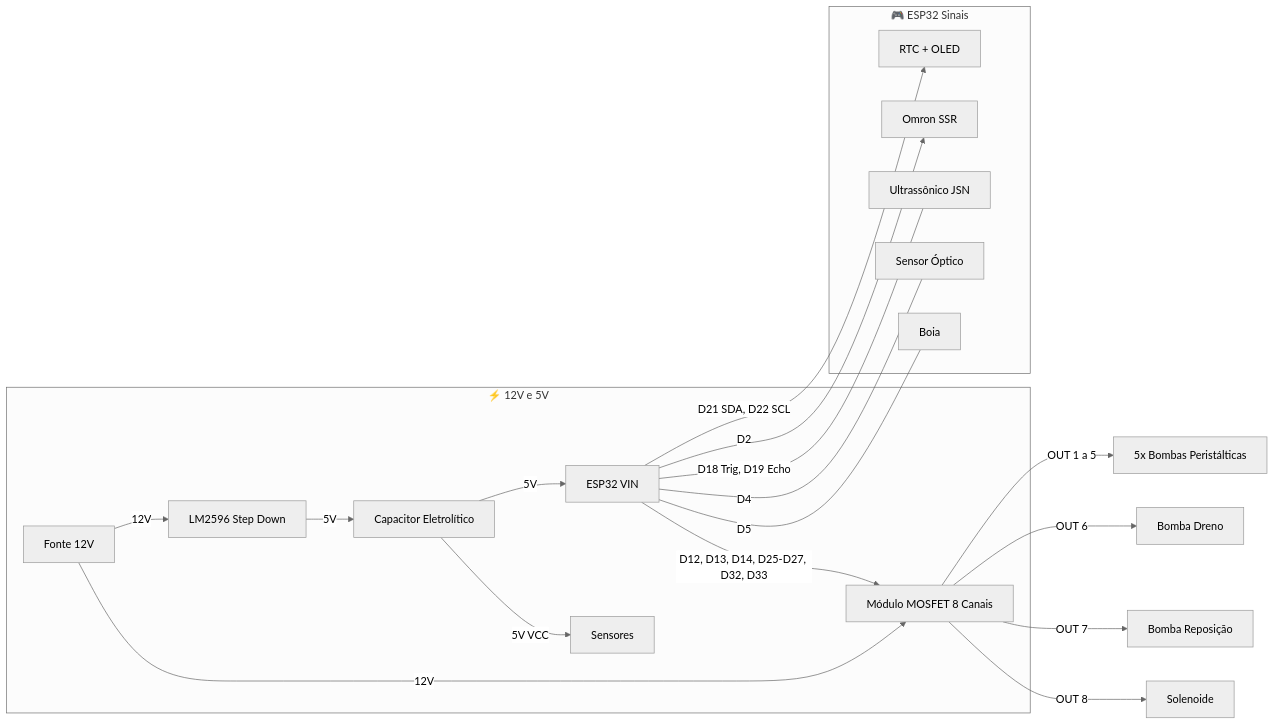
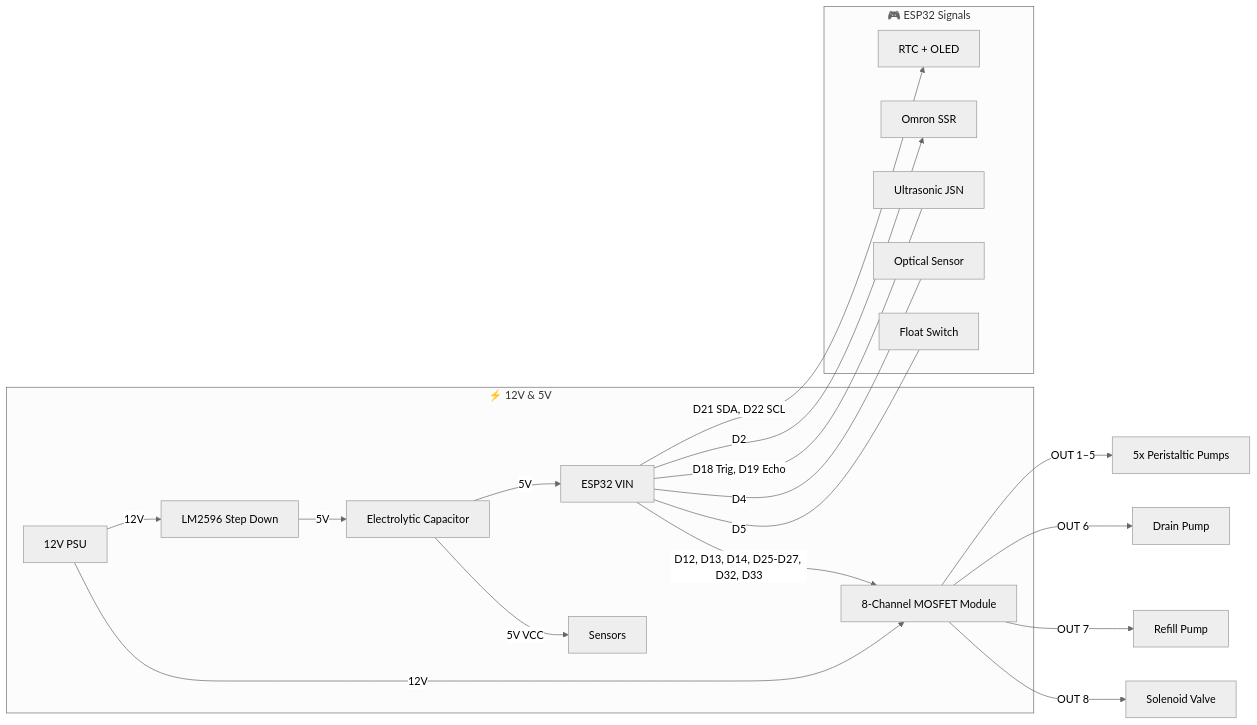
Before and after one commit to PhilipeGatis/SATPAFERT: the diagram in README.md, drawn with Mermaid (neutral theme). The commit also changed other lines of this file and 9 other files, not shown here.

````diff
--- a/README.md
+++ b/README.md
@@ -53,24 +73,24 @@
 ```mermaid
 graph LR
-  subgraph Alimentacao [⚡ 12V e 5V]
-    PSU[Fonte 12V] -->|12V| MOSFET[Módulo MOSFET 8 Canais]
+  subgraph Power [⚡ 12V & 5V]
+    PSU[12V PSU] -->|12V| MOSFET[8-Channel MOSFET Module]
     PSU -->|12V| LM2596[LM2596 Step Down]
-    LM2596 -->|5V| Cap[Capacitor Eletrolítico]
+    LM2596 -->|5V| Cap[Electrolytic Capacitor]
     Cap -->|5V| ESP32[ESP32 VIN]
-    Cap -->|5V VCC| SENS[Sensores]
+    Cap -->|5V VCC| SENS[Sensors]
   end
 
-  subgraph Sinais [🎮 ESP32 Sinais]
+  subgraph Signals [🎮 ESP32 Signals]
     ESP32 -->|D21 SDA, D22 SCL| I2C[RTC + OLED]
     ESP32 -->|D12, D13, D14, D25-D27, D32, D33| MOSFET
     ESP32 -->|D2| SSR[Omron SSR]
-    ESP32 ---|D18 Trig, D19 Echo| Ultra[Ultrassônico JSN]
-    ESP32 ---|D4| Water[Sensor Óptico]
-    ESP32 ---|D5| Float[Boia]
+    ESP32 ---|D18 Trig, D19 Echo| Ultra[Ultrasonic JSN]
+    ESP32 ---|D4| Water[Optical Sensor]
+    ESP32 ---|D5| Float[Float Switch]
   end
 
-  MOSFET -->|OUT 1 a 5| Peristalticas[5x Bombas Peristálticas]
-  MOSFET -->|OUT 6| Diaphragm[Bomba Dreno]
-  MOSFET -->|OUT 7| WaterPump[Bomba Reposição]
-  MOSFET -->|OUT 8| Solenoid[Solenoide]
+  MOSFET -->|OUT 1–5| Peristaltic[5x Peristaltic Pumps]
+  MOSFET -->|OUT 6| Drain[Drain Pump]
+  MOSFET -->|OUT 7| Refill[Refill Pump]
+  MOSFET -->|OUT 8| Solenoid[Solenoid Valve]
 ```
````
